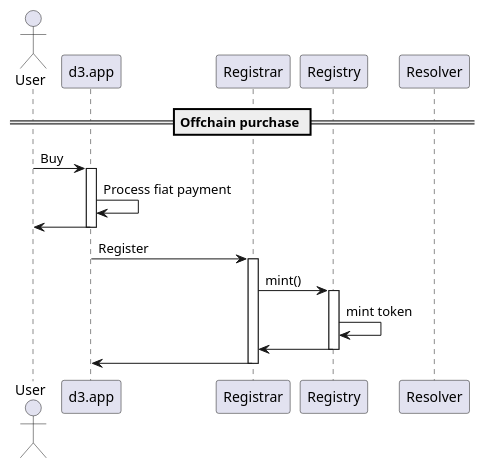
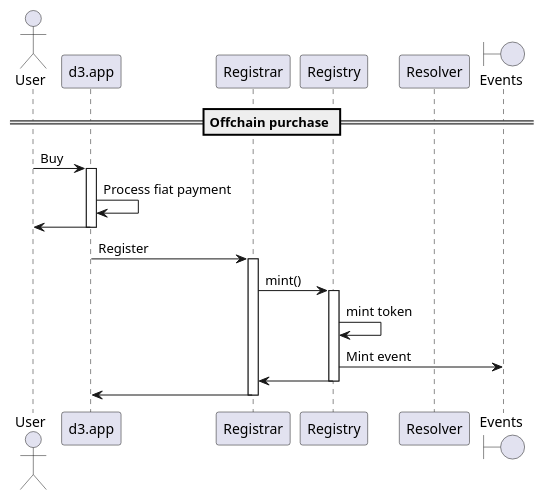
The diagram in docs/sequence-diagrams/puml/offchain-purchase.puml (make-software/cspr-name-contracts), drawn with PlantUML before and after one commit. The commit also changed 19 other files, not shown here.

```diff
--- a/docs/sequence-diagrams/puml/offchain-purchase.puml
+++ b/docs/sequence-diagrams/puml/offchain-purchase.puml
@@ -1,30 +1,32 @@
 @startuml
 'https://plantuml.com/sequence-diagram
 
 'autonumber
 actor User
 participant "d3.app" as d3
 participant "Registrar"
 participant "Registry"
 participant "Resolver"
+boundary "Events"
 
 == Offchain purchase ==
 
 User -> d3: Buy
 activate d3
 d3 -> d3: Process fiat payment
 d3 -> User
 deactivate d3
 
 d3 -> Registrar: Register
 activate Registrar
 Registrar -> Registry: mint()
 activate Registry
 Registry -> Registry: mint token
+Registry -> "Events": Mint event
 Registry -> Registrar
 deactivate Registry
 Registrar -> d3
 deactivate Registrar
 deactivate d3
 
 @enduml
```
